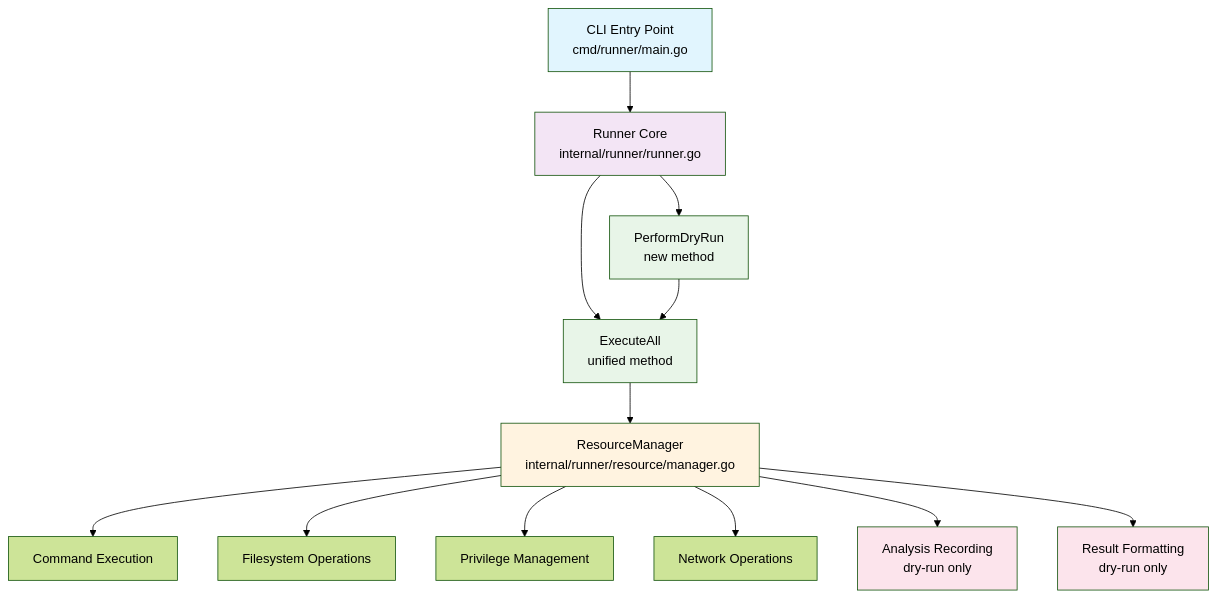
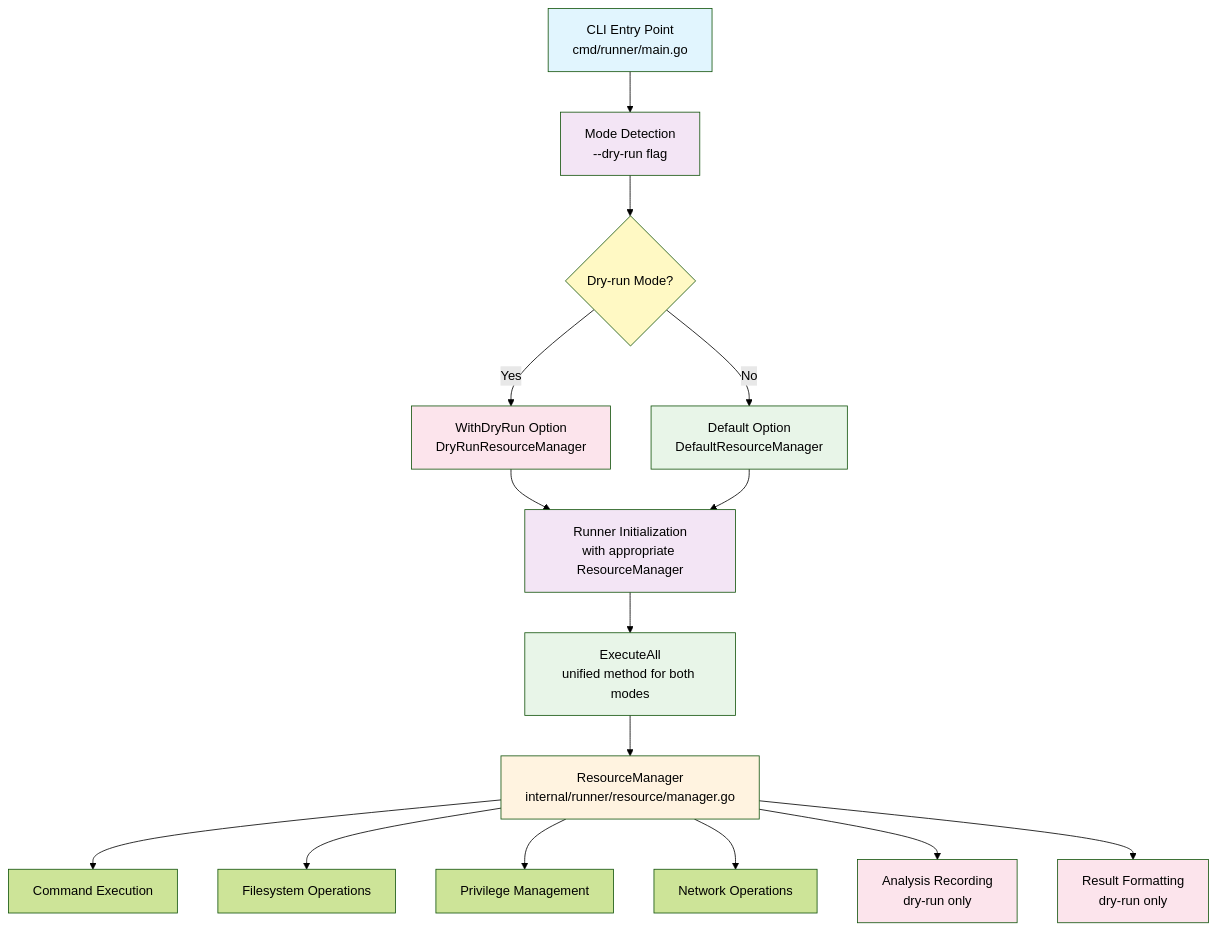
Before and after one commit to isseis/go-safe-cmd-runner: the first of 3 diagrams in docs/tasks/0017_realistic_dry_run/02_architecture.md, drawn with Mermaid (forest theme). The commit also changed other lines of this file and 2 other files, not shown here.

First line of the commit message:
Refine documentation for Realistic Dry-Run feature

````diff
--- a/docs/tasks/0017_realistic_dry_run/02_architecture.md
+++ b/docs/tasks/0017_realistic_dry_run/02_architecture.md
@@ -19,27 +19,34 @@
 ```mermaid
 graph TD
-    A[CLI Entry Point<br/>cmd/runner/main.go] --> B[Runner Core<br/>internal/runner/runner.go]
+    A[CLI Entry Point<br/>cmd/runner/main.go] --> B[Mode Detection<br/>--dry-run flag]
 
-    B --> C[ExecuteAll<br/>unified method]
-    B --> D[PerformDryRun<br/>new method]
+    B --> C{Dry-run Mode?}
+    C -->|Yes| D[WithDryRun Option<br/>DryRunResourceManager]
+    C -->|No| E[Default Option<br/>DefaultResourceManager]
 
-    D --> C
+    D --> F[Runner Initialization<br/>with appropriate ResourceManager]
+    E --> F
 
-    C --> E[ResourceManager<br/>internal/runner/resource/manager.go]
+    F --> G[ExecuteAll<br/>unified method for both modes]
 
-    E --> F[Command Execution]
-    E --> G[Filesystem Operations]
-    E --> H[Privilege Management]
-    E --> I[Network Operations]
+    G --> H[ResourceManager<br/>internal/runner/resource/manager.go]
 
-    E --> J[Analysis Recording<br/>dry-run only]
-    E --> K[Result Formatting<br/>dry-run only]
+    H --> I[Command Execution]
+    H --> J[Filesystem Operations]
+    H --> K[Privilege Management]
+    H --> L[Network Operations]
+
+    H --> M[Analysis Recording<br/>dry-run only]
+    H --> N[Result Formatting<br/>dry-run only]
 
     style A fill:#e1f5fe
     style B fill:#f3e5f5
-    style C fill:#e8f5e8
-    style D fill:#e8f5e8
-    style E fill:#fff3e0
-    style J fill:#fce4ec
-    style K fill:#fce4ec
+    style C fill:#fff9c4
+    style D fill:#fce4ec
+    style E fill:#e8f5e8
+    style F fill:#f3e5f5
+    style G fill:#e8f5e8
+    style H fill:#fff3e0
+    style M fill:#fce4ec
+    style N fill:#fce4ec
 ```
````
